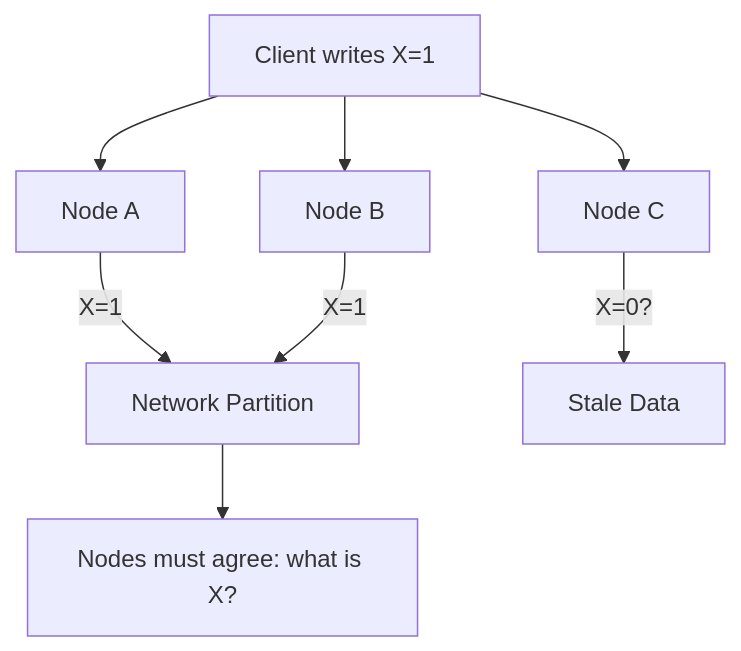
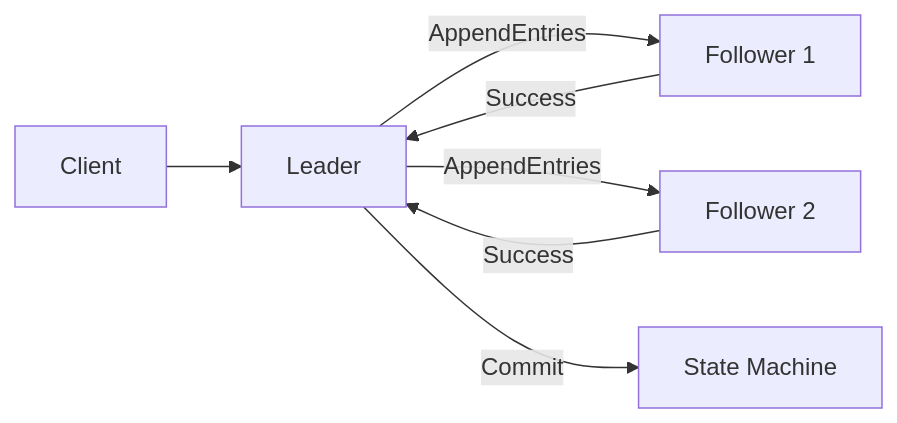
Before and after one commit to vanos001/placement_prep: the third of 3 diagrams in src/distributed/consensus/README.md, drawn with Mermaid. The commit also changed other lines of this file, not shown here.

````diff
--- a/src/distributed/consensus/README.md
+++ b/src/distributed/consensus/README.md
@@ -11,10 +92,9 @@
 ```mermaid
-graph TD
-    A[Client writes X=1] --> B[Node A]
-    A --> C[Node B]
-    A --> D[Node C]
-    B -->|X=1| E[Network Partition]
-    C -->|X=1| E
-    D -->|X=0?| F[Stale Data]
-    E --> G[Nodes must agree: what is X?]
+flowchart LR
+    CLIENT[Client] --> LEADER[Leader]
+    LEADER -->|AppendEntries| F1[Follower 1]
+    LEADER -->|AppendEntries| F2[Follower 2]
+    F1 -->|Success| LEADER
+    F2 -->|Success| LEADER
+    LEADER -->|Commit| STATE[State Machine]
 ```
````
